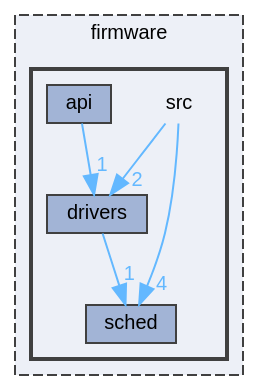
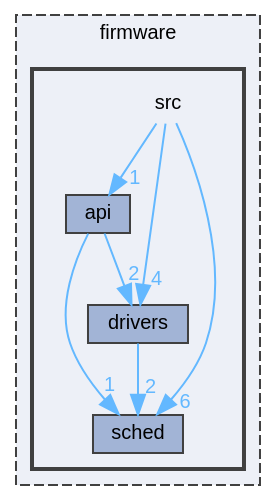
One commit to Ghaadyy/elevator-controller changed the diagram in dir_c898ccd6027d5da3247aa855d21ca2cf_dep.dot. Above: the diagram before and after it, drawn with Graphviz. The commit also changed 437 other files, not shown here.

```diff
--- a/dir_c898ccd6027d5da3247aa855d21ca2cf_dep.dot
+++ b/dir_c898ccd6027d5da3247aa855d21ca2cf_dep.dot
@@ -1,22 +1,24 @@
 digraph "firmware/src"
 {
  // LATEX_PDF_SIZE
   bgcolor="transparent";
   edge [fontname=Helvetica,fontsize=10,labelfontname=Helvetica,labelfontsize=10];
   node [fontname=Helvetica,fontsize=10,shape=box,height=0.2,width=0.4];
   compound=true
   subgraph clusterdir_d9edf6c004b4a7ff14fe9ae7a92214ee {
     graph [ bgcolor="#edf0f7", pencolor="grey25", label="firmware", fontname=Helvetica,fontsize=10 style="filled,dashed", URL="dir_d9edf6c004b4a7ff14fe9ae7a92214ee.html",tooltip=""]
   subgraph clusterdir_c898ccd6027d5da3247aa855d21ca2cf {
     graph [ bgcolor="#edf0f7", pencolor="grey25", label="", fontname=Helvetica,fontsize=10 style="filled,bold", URL="dir_c898ccd6027d5da3247aa855d21ca2cf.html",tooltip=""]
     dir_c898ccd6027d5da3247aa855d21ca2cf [shape=plaintext, label="src"];
   dir_18ac01a18bb8b208f27c88345941c779 [label="api", fillcolor="#a2b4d6", color="grey25", style="filled", URL="dir_18ac01a18bb8b208f27c88345941c779.html",tooltip=""];
   dir_e200633b3c29dcc6afc0356839fb5e29 [label="drivers", fillcolor="#a2b4d6", color="grey25", style="filled", URL="dir_e200633b3c29dcc6afc0356839fb5e29.html",tooltip=""];
   dir_7823007820cfe4d1a4ad04f11c50e251 [label="sched", fillcolor="#a2b4d6", color="grey25", style="filled", URL="dir_7823007820cfe4d1a4ad04f11c50e251.html",tooltip=""];
   }
   }
-  dir_c898ccd6027d5da3247aa855d21ca2cf->dir_7823007820cfe4d1a4ad04f11c50e251 [headlabel="4", labeldistance=1.5 headhref="dir_000004_000003.html" href="dir_000004_000003.html" color="steelblue1" fontcolor="steelblue1"];
-  dir_c898ccd6027d5da3247aa855d21ca2cf->dir_e200633b3c29dcc6afc0356839fb5e29 [headlabel="2", labeldistance=1.5 headhref="dir_000004_000001.html" href="dir_000004_000001.html" color="steelblue1" fontcolor="steelblue1"];
-  dir_18ac01a18bb8b208f27c88345941c779->dir_e200633b3c29dcc6afc0356839fb5e29 [headlabel="1", labeldistance=1.5 headhref="dir_000000_000001.html" href="dir_000000_000001.html" color="steelblue1" fontcolor="steelblue1"];
-  dir_e200633b3c29dcc6afc0356839fb5e29->dir_7823007820cfe4d1a4ad04f11c50e251 [headlabel="1", labeldistance=1.5 headhref="dir_000001_000003.html" href="dir_000001_000003.html" color="steelblue1" fontcolor="steelblue1"];
+  dir_c898ccd6027d5da3247aa855d21ca2cf->dir_18ac01a18bb8b208f27c88345941c779 [headlabel="1", labeldistance=1.5 headhref="dir_000004_000000.html" href="dir_000004_000000.html" color="steelblue1" fontcolor="steelblue1"];
+  dir_c898ccd6027d5da3247aa855d21ca2cf->dir_7823007820cfe4d1a4ad04f11c50e251 [headlabel="6", labeldistance=1.5 headhref="dir_000004_000003.html" href="dir_000004_000003.html" color="steelblue1" fontcolor="steelblue1"];
+  dir_c898ccd6027d5da3247aa855d21ca2cf->dir_e200633b3c29dcc6afc0356839fb5e29 [headlabel="4", labeldistance=1.5 headhref="dir_000004_000001.html" href="dir_000004_000001.html" color="steelblue1" fontcolor="steelblue1"];
+  dir_18ac01a18bb8b208f27c88345941c779->dir_7823007820cfe4d1a4ad04f11c50e251 [headlabel="1", labeldistance=1.5 headhref="dir_000000_000003.html" href="dir_000000_000003.html" color="steelblue1" fontcolor="steelblue1"];
+  dir_18ac01a18bb8b208f27c88345941c779->dir_e200633b3c29dcc6afc0356839fb5e29 [headlabel="2", labeldistance=1.5 headhref="dir_000000_000001.html" href="dir_000000_000001.html" color="steelblue1" fontcolor="steelblue1"];
+  dir_e200633b3c29dcc6afc0356839fb5e29->dir_7823007820cfe4d1a4ad04f11c50e251 [headlabel="2", labeldistance=1.5 headhref="dir_000001_000003.html" href="dir_000001_000003.html" color="steelblue1" fontcolor="steelblue1"];
 }
```
